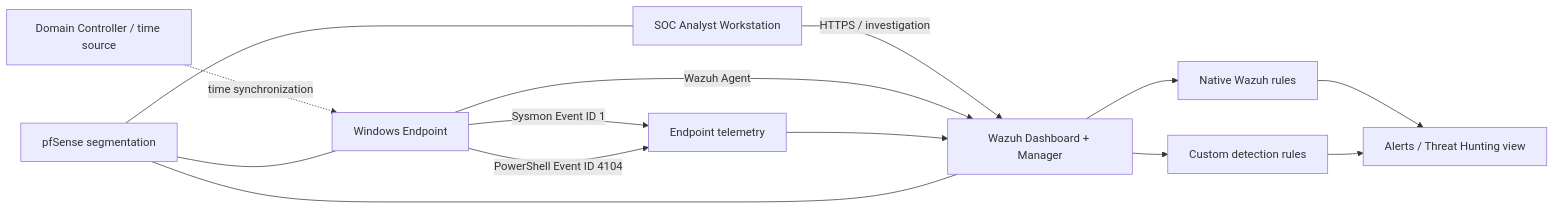
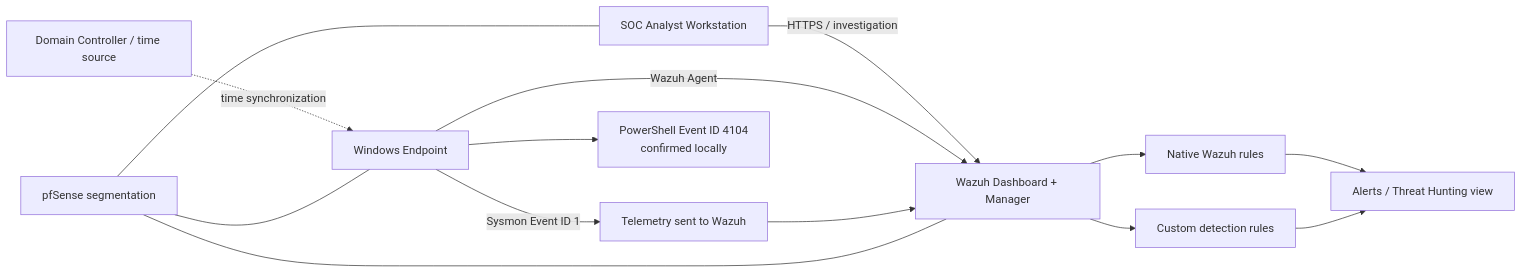
Before and after one commit to CarlosGutierrezR/soc-detection-engineering: the diagram in docs/LAB-DET-001-case-study.md, drawn with Mermaid. The commit also changed other lines of this file and 19 other files, not shown here.

````diff
--- a/docs/LAB-DET-001-case-study.md
+++ b/docs/LAB-DET-001-case-study.md
@@ -43,16 +43,16 @@
 ```mermaid
 flowchart LR
     A[SOC Analyst Workstation] -->|HTTPS / investigation| W[Wazuh Dashboard + Manager]
     E[Windows Endpoint] -->|Wazuh Agent| W
-    E -->|Sysmon Event ID 1| T[Endpoint telemetry]
-    E -->|PowerShell Event ID 4104| T
+    E -->|Sysmon Event ID 1| T[Telemetry sent to Wazuh]
+    E --> P[PowerShell Event ID 4104<br/>confirmed locally]
     T --> W
     W --> N[Native Wazuh rules]
     W --> C[Custom detection rules]
     N --> AL[Alerts / Threat Hunting view]
     C --> AL
     D[Domain Controller / time source] -. time synchronization .-> E
     F[pfSense segmentation] --- A
     F --- E
     F --- W
 ```
````
